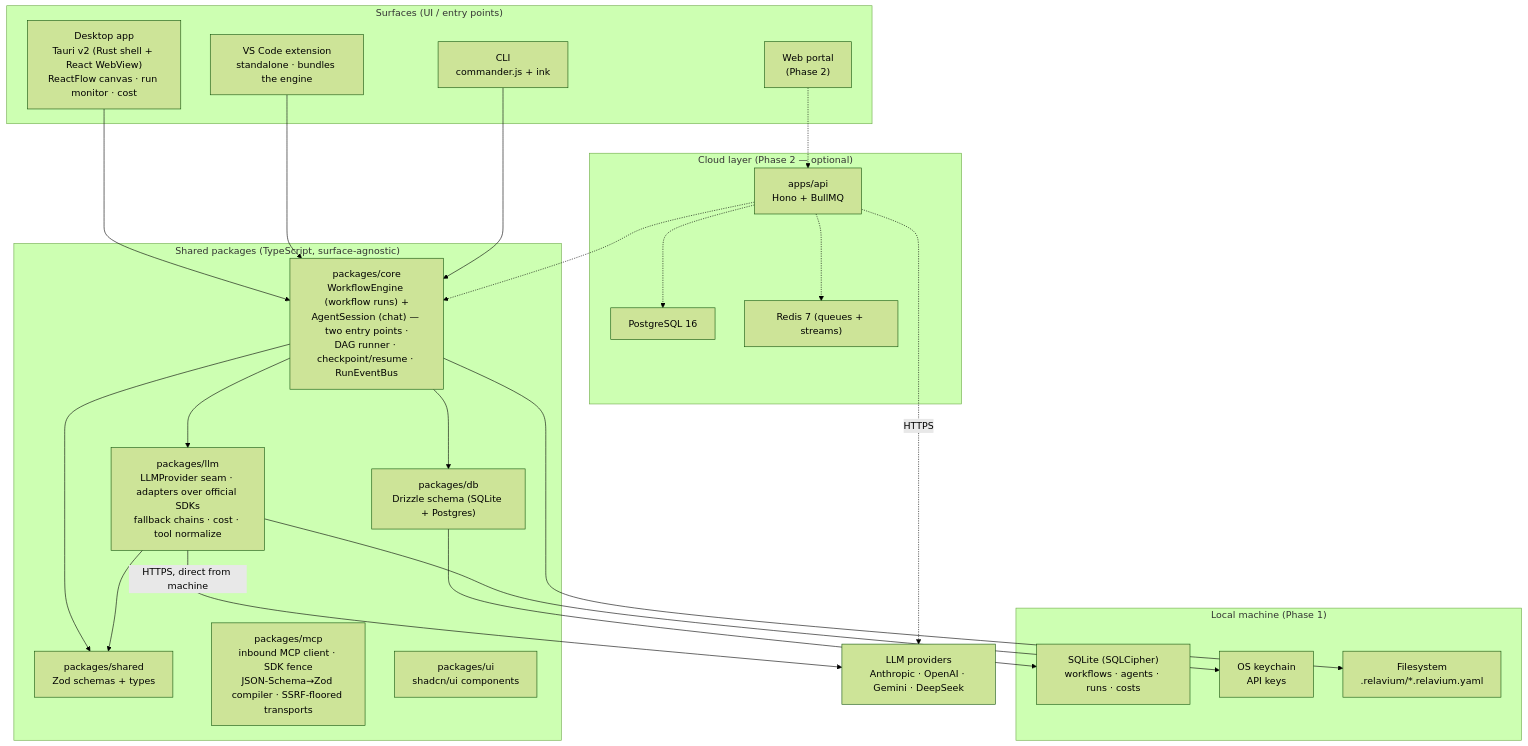
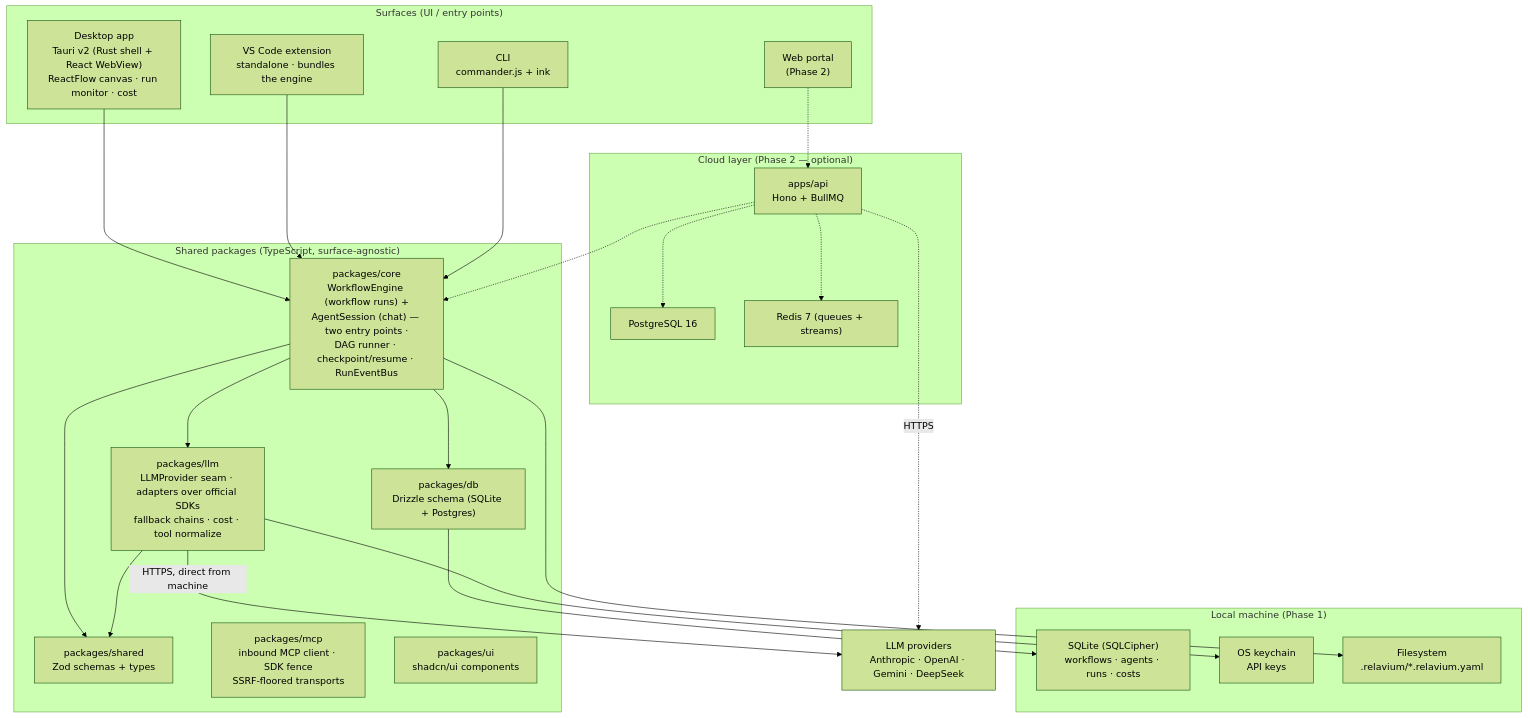
One commit to HodeTech/Relavium changed the first of 2 diagrams in docs/architecture/overview.md. Above: the diagram before and after it, drawn with Mermaid (forest theme). The commit also changed other lines of this file and 7 other files, not shown here.

````diff
--- a/docs/architecture/overview.md
+++ b/docs/architecture/overview.md
@@ -12,49 +12,49 @@
 ```mermaid
 flowchart TB
     subgraph Surfaces["Surfaces (UI / entry points)"]
         Desktop["Desktop app<br/>Tauri v2 (Rust shell + React WebView)<br/>ReactFlow canvas · run monitor · cost"]
         VSCode["VS Code extension<br/>standalone · bundles the engine"]
         CLI["CLI<br/>commander.js + ink"]
         Portal["Web portal<br/>(Phase 2)"]
     end
 
     subgraph Packages["Shared packages (TypeScript, surface-agnostic)"]
         Core["packages/core<br/>WorkflowEngine (workflow runs) +<br/>AgentSession (chat) — two entry points ·<br/>DAG runner · checkpoint/resume · RunEventBus"]
         LLM["packages/llm<br/>LLMProvider seam · adapters over official SDKs<br/>fallback chains · cost · tool normalize"]
         Shared["packages/shared<br/>Zod schemas + types"]
         DB["packages/db<br/>Drizzle schema (SQLite + Postgres)"]
-        MCP["packages/mcp<br/>inbound MCP client · SDK fence<br/>JSON-Schema→Zod compiler · SSRF-floored transports"]
+        MCP["packages/mcp<br/>inbound MCP client · SDK fence<br/>SSRF-floored transports"]
         UI["packages/ui<br/>shadcn/ui components"]
     end
 
     subgraph Local["Local machine (Phase 1)"]
         SQLite["SQLite (SQLCipher)<br/>workflows · agents · runs · costs"]
         Keychain["OS keychain<br/>API keys"]
         FS["Filesystem<br/>.relavium/*.relavium.yaml"]
     end
 
     Providers["LLM providers<br/>Anthropic · OpenAI · Gemini · DeepSeek"]
 
     subgraph Cloud["Cloud layer (Phase 2 — optional)"]
         API["apps/api<br/>Hono + BullMQ"]
         Postgres["PostgreSQL 16"]
         Redis["Redis 7 (queues + streams)"]
     end
 
     Desktop --> Core
     VSCode --> Core
     CLI --> Core
     Portal -.-> API
     Core --> LLM
     Core --> Shared
     LLM --> Shared
     Core --> DB
     DB --> SQLite
     LLM --> Keychain
     Core --> FS
     LLM -->|HTTPS, direct from machine| Providers
     API -.-> Core
     API -.-> Postgres
     API -.-> Redis
     API -.->|HTTPS| Providers
 ```
````
